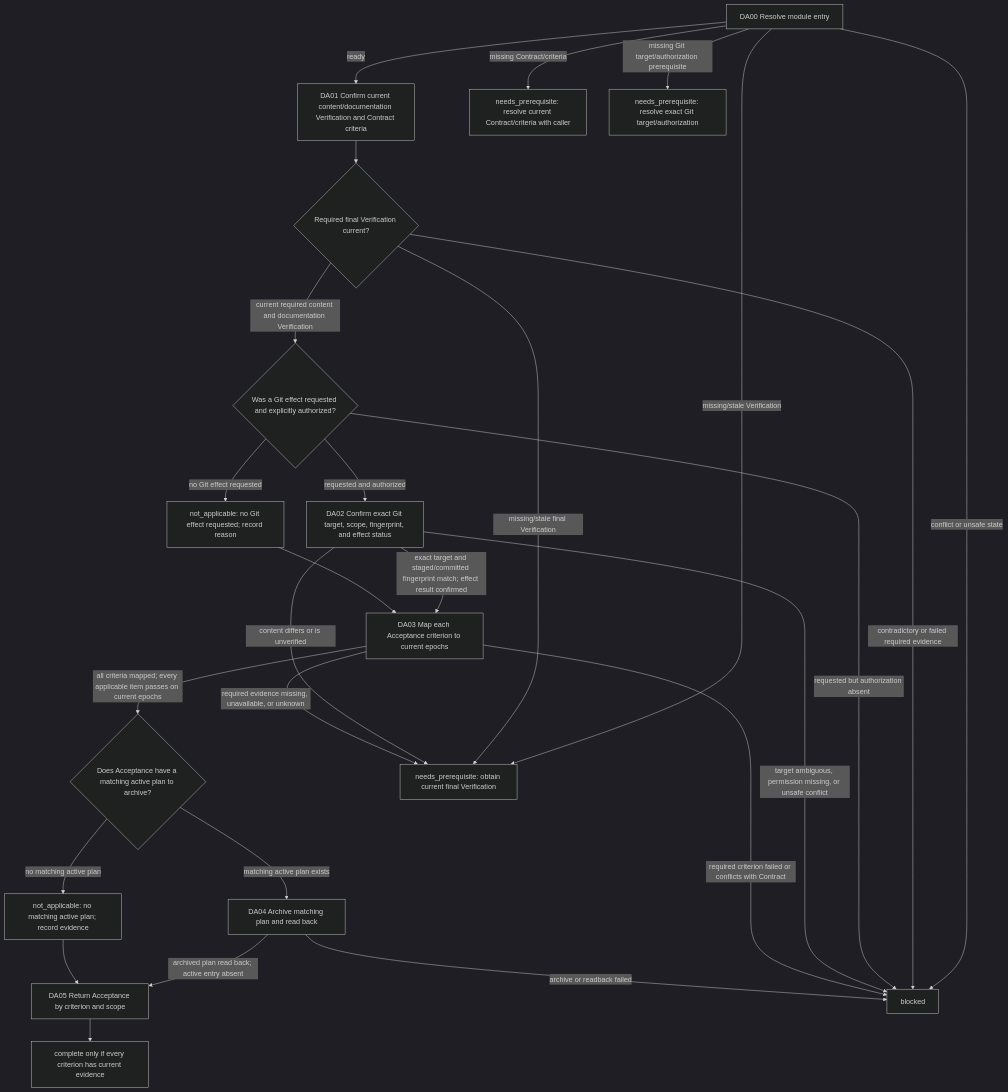
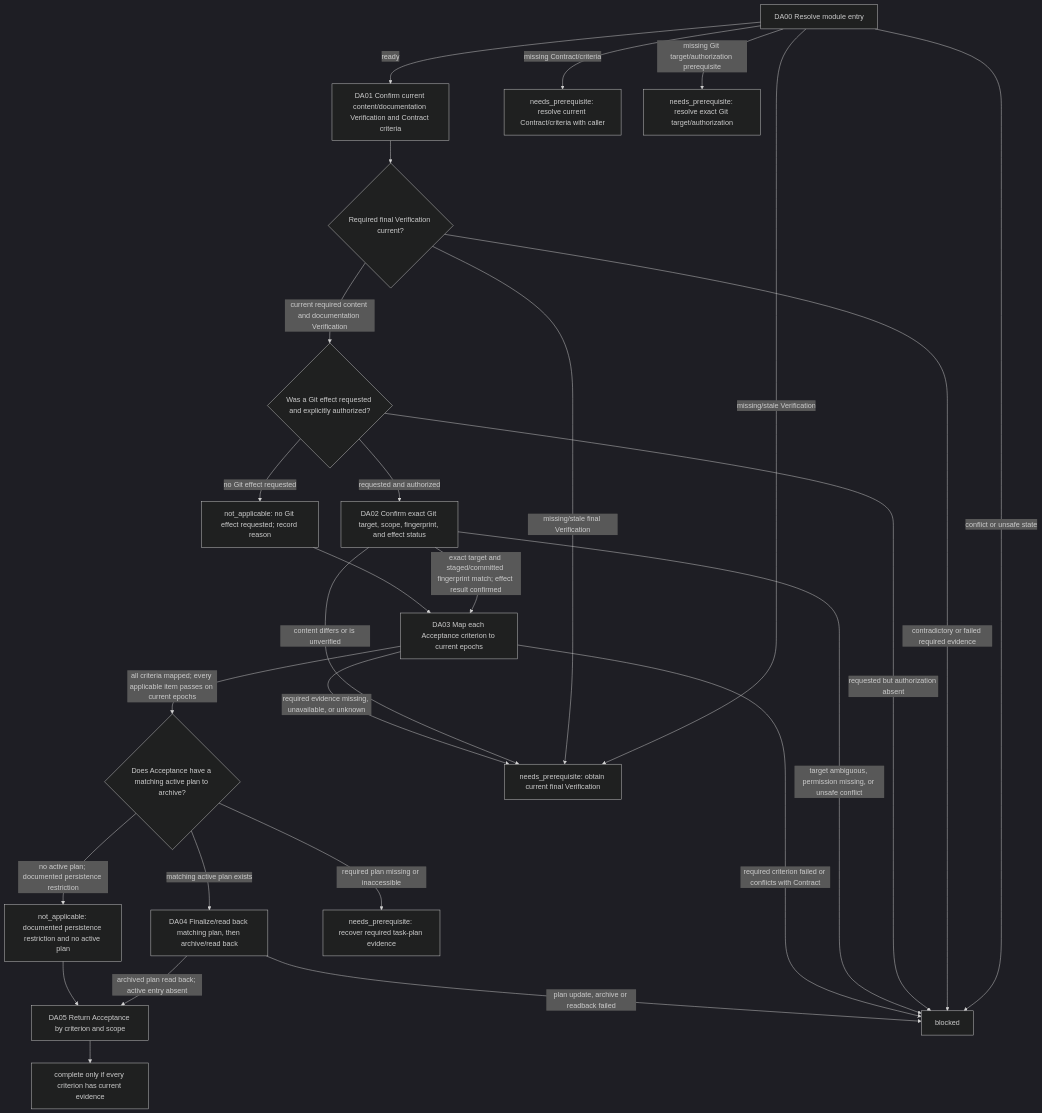
One commit to john-z-huang/token-io-decoupling changed the diagram in references/coding/layer-04-workflows/modules/delivery-acceptance.md. Above: the diagram before and after it, drawn with Mermaid (dark theme). The commit also changed other lines of this file and 47 other files, not shown here.

````diff
--- a/references/coding/layer-04-workflows/modules/delivery-acceptance.md
+++ b/references/coding/layer-04-workflows/modules/delivery-acceptance.md
@@ -19,44 +19,46 @@
 ```mermaid
 flowchart TD
     DA00["DA00 Resolve module entry"]
     DA01["DA01 Confirm current content/documentation Verification and Contract criteria"]
     D_VERIFIED{"Required final Verification current?"}
     D_GIT{"Was a Git effect requested and explicitly authorized?"}
     DA02["DA02 Confirm exact Git target, scope, fingerprint, and effect status"]
     DA03["DA03 Map each Acceptance criterion to current epochs"]
     D_PLAN{"Does Acceptance have a matching active plan to archive?"}
-    DA04["DA04 Archive matching plan and read back"]
+    DA04["DA04 Finalize/read back matching plan, then archive/read back"]
     DA05["DA05 Return Acceptance by criterion and scope"]
     DA_DONE["complete only if every criterion has current evidence"]
     DA_GIT_NA["not_applicable: no Git effect requested; record reason"]
-    DA_PLAN_NA["not_applicable: no matching active plan; record evidence"]
+    DA_PLAN_NA["not_applicable: documented persistence restriction and no active plan"]
+    DA_NEEDS_PLAN["needs_prerequisite: recover required task-plan evidence"]
     DA_NEEDS_VERIFICATION["needs_prerequisite: obtain current final Verification"]
     DA_NEEDS_CONTRACT["needs_prerequisite: resolve current Contract/criteria with caller"]
     DA_NEEDS_GIT["needs_prerequisite: resolve exact Git target/authorization"]
     DA_BLOCK["blocked"]
     DA00 -- ready --> DA01
     DA00 -- missing Contract/criteria --> DA_NEEDS_CONTRACT
     DA00 -- missing/stale Verification --> DA_NEEDS_VERIFICATION
     DA00 -- missing Git target/authorization prerequisite --> DA_NEEDS_GIT
     DA00 -- conflict or unsafe state --> DA_BLOCK
     DA01 --> D_VERIFIED
     D_VERIFIED -- current required content and documentation Verification --> D_GIT
     D_VERIFIED -- missing/stale final Verification --> DA_NEEDS_VERIFICATION
     D_VERIFIED -- contradictory or failed required evidence --> DA_BLOCK
     D_GIT -- requested and authorized --> DA02
     D_GIT -- no Git effect requested --> DA_GIT_NA
     D_GIT -- requested but authorization absent --> DA_BLOCK
     DA02 -- exact target and staged/committed fingerprint match; effect result confirmed --> DA03
     DA02 -- content differs or is unverified --> DA_NEEDS_VERIFICATION
     DA02 -- target ambiguous, permission missing, or unsafe conflict --> DA_BLOCK
     DA_GIT_NA --> DA03
     DA03 -- all criteria mapped; every applicable item passes on current epochs --> D_PLAN
     DA03 -- required evidence missing, unavailable, or unknown --> DA_NEEDS_VERIFICATION
     DA03 -- required criterion failed or conflicts with Contract --> DA_BLOCK
     D_PLAN -- matching active plan exists --> DA04
-    D_PLAN -- no matching active plan --> DA_PLAN_NA
+    D_PLAN -- no active plan; documented persistence restriction --> DA_PLAN_NA
+    D_PLAN -- required plan missing or inaccessible --> DA_NEEDS_PLAN
     DA04 -- archived plan read back; active entry absent --> DA05
-    DA04 -- archive or readback failed --> DA_BLOCK
+    DA04 -- plan update, archive or readback failed --> DA_BLOCK
     DA_PLAN_NA --> DA05
     DA05 --> DA_DONE
 ```
````
